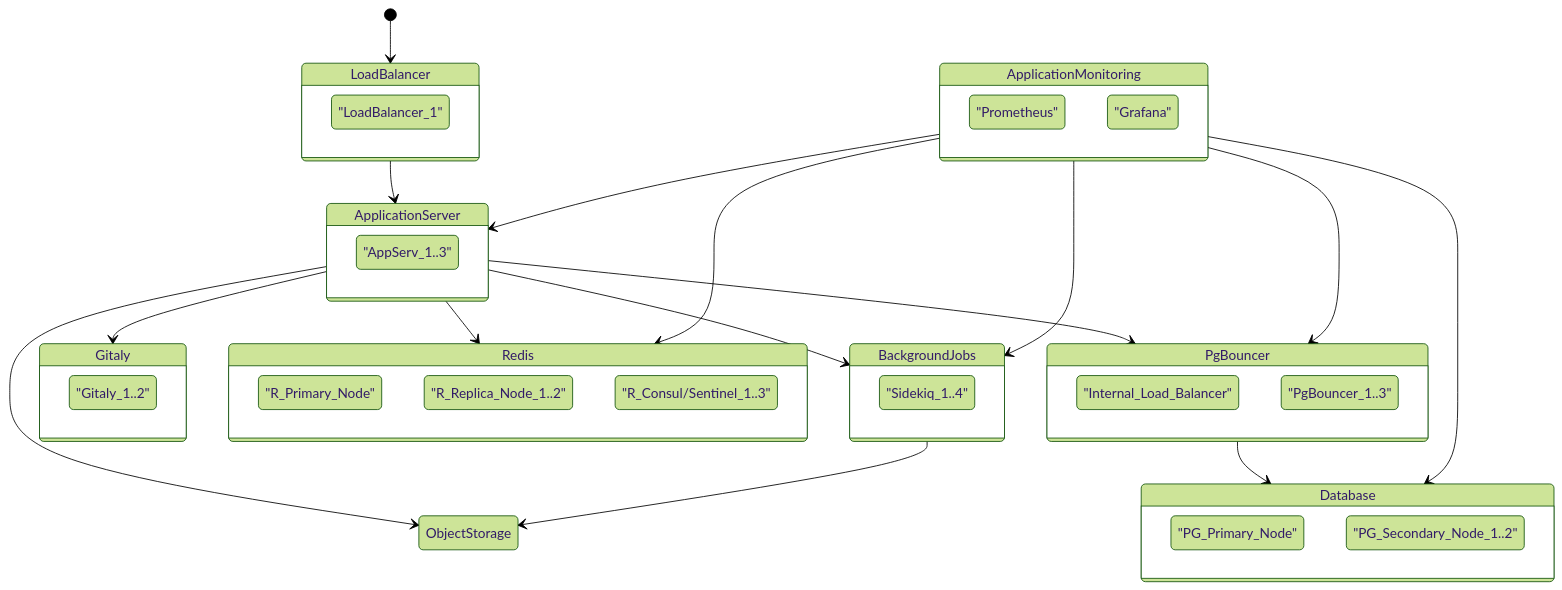
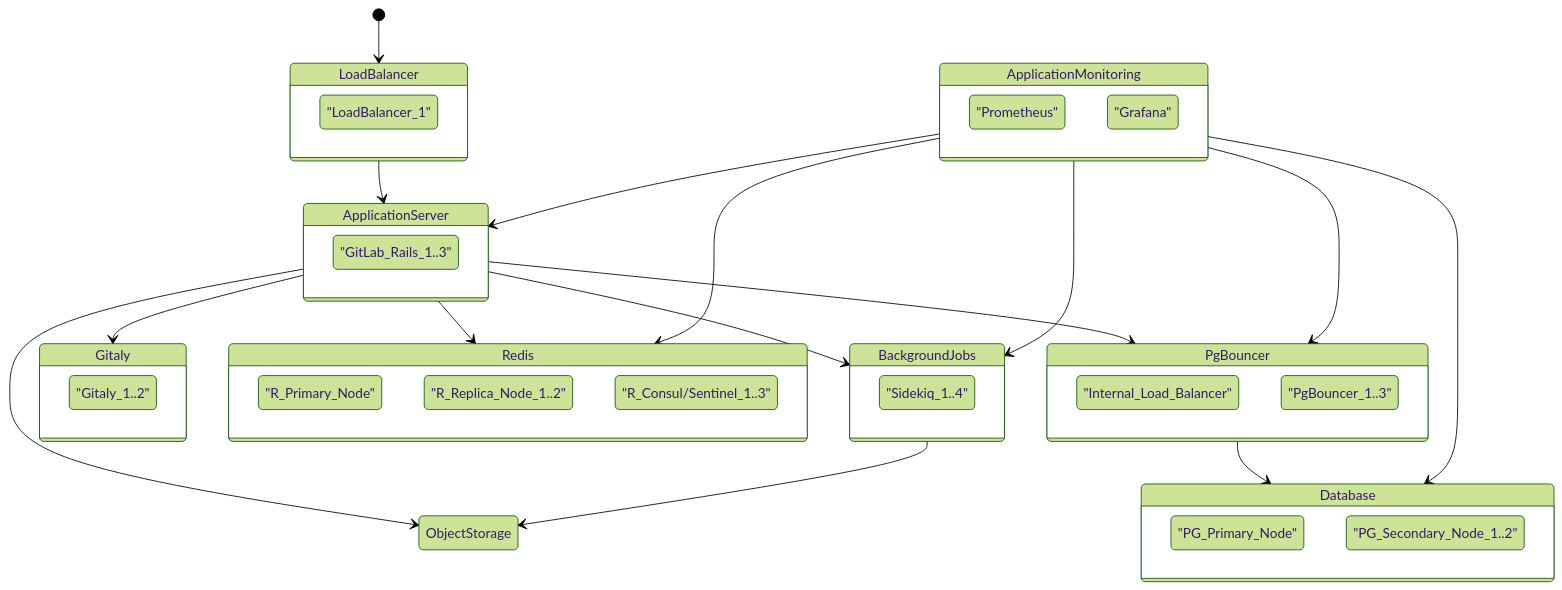
One commit to mehulagg/gitlab changed the diagram in doc/administration/reference_architectures/5k_users.md. Above: the diagram before and after it, drawn with Mermaid (forest theme).

Commit message:
Apply 1 suggestion(s) to 1 file(s)

````diff
--- a/doc/administration/reference_architectures/5k_users.md
+++ b/doc/administration/reference_architectures/5k_users.md
@@ -40,56 +40,56 @@
 ```mermaid
 stateDiagram-v2
     [*] --> LoadBalancer
     LoadBalancer --> ApplicationServer
 
     ApplicationServer --> BackgroundJobs
     ApplicationServer --> Gitaly
     ApplicationServer --> Redis
     ApplicationServer --> PgBouncer
     PgBouncer --> Database
     ApplicationServer --> ObjectStorage
     BackgroundJobs --> ObjectStorage
 
     ApplicationMonitoring -->ApplicationServer
     ApplicationMonitoring -->Redis
     ApplicationMonitoring -->PgBouncer
     ApplicationMonitoring -->Database
     ApplicationMonitoring -->BackgroundJobs
 
     state Database {
       "PG_Primary_Node"
       "PG_Secondary_Node_1..2"
     }
     state Redis {
       "R_Primary_Node"
       "R_Replica_Node_1..2"
       "R_Consul/Sentinel_1..3"
     }
 
     state Gitaly {
       "Gitaly_1..2"
     }
 
     state BackgroundJobs {
       "Sidekiq_1..4"
     }
 
     state ApplicationServer {
-      "AppServ_1..3"
+      "GitLab_Rails_1..3"
     }
 
     state LoadBalancer {
       "LoadBalancer_1"
     }
 
     state ApplicationMonitoring {
       "Prometheus"
       "Grafana"
     }
 
     state PgBouncer {
       "Internal_Load_Balancer"
       "PgBouncer_1..3"
 
     }
 ```
````
